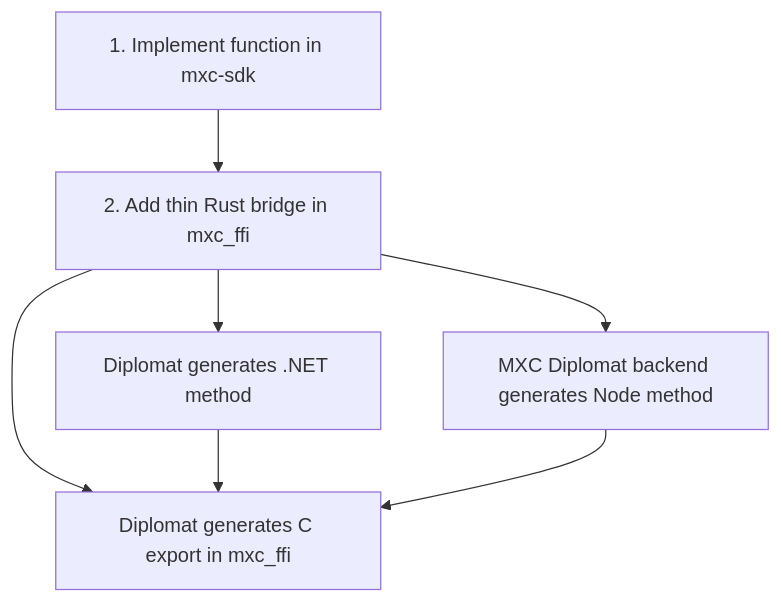
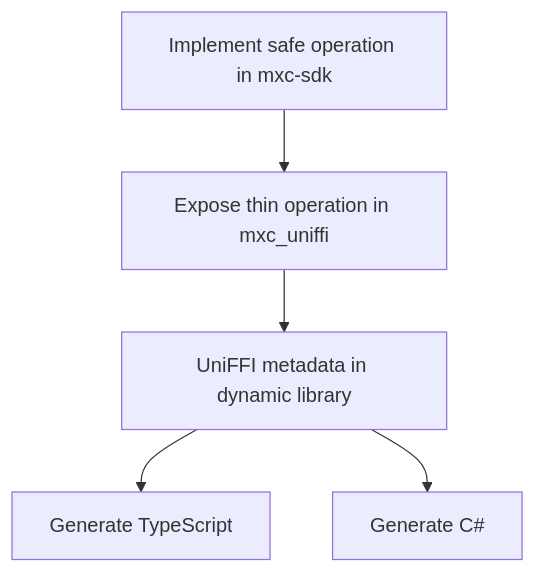
One commit to microsoft/mxc changed the second of 2 diagrams in docs/designs/SDK/README.md. Above: the diagram before and after it, drawn with Mermaid. The commit also changed other lines of this file and 333 other files, not shown here.

First line of the commit message:
Prototype unified UniFFI SDK generation

````diff
--- a/docs/designs/SDK/README.md
+++ b/docs/designs/SDK/README.md
@@ -30,10 +47,8 @@
 ```mermaid
 flowchart TD
-    A[1. Implement function in mxc-sdk]
-    A --> B[2. Add thin Rust bridge in mxc_ffi]
-    B --> C[Diplomat generates C export in mxc_ffi]
-    B --> D[Diplomat generates .NET method]
-    B --> E[MXC Diplomat backend generates Node method]
-    D --> C
-    E --> C
+    A[Implement safe operation in mxc-sdk]
+    A --> B[Expose thin operation in mxc_uniffi]
+    B --> M[UniFFI metadata in dynamic library]
+    M --> N[Generate TypeScript]
+    M --> D[Generate C#]
 ```
````
